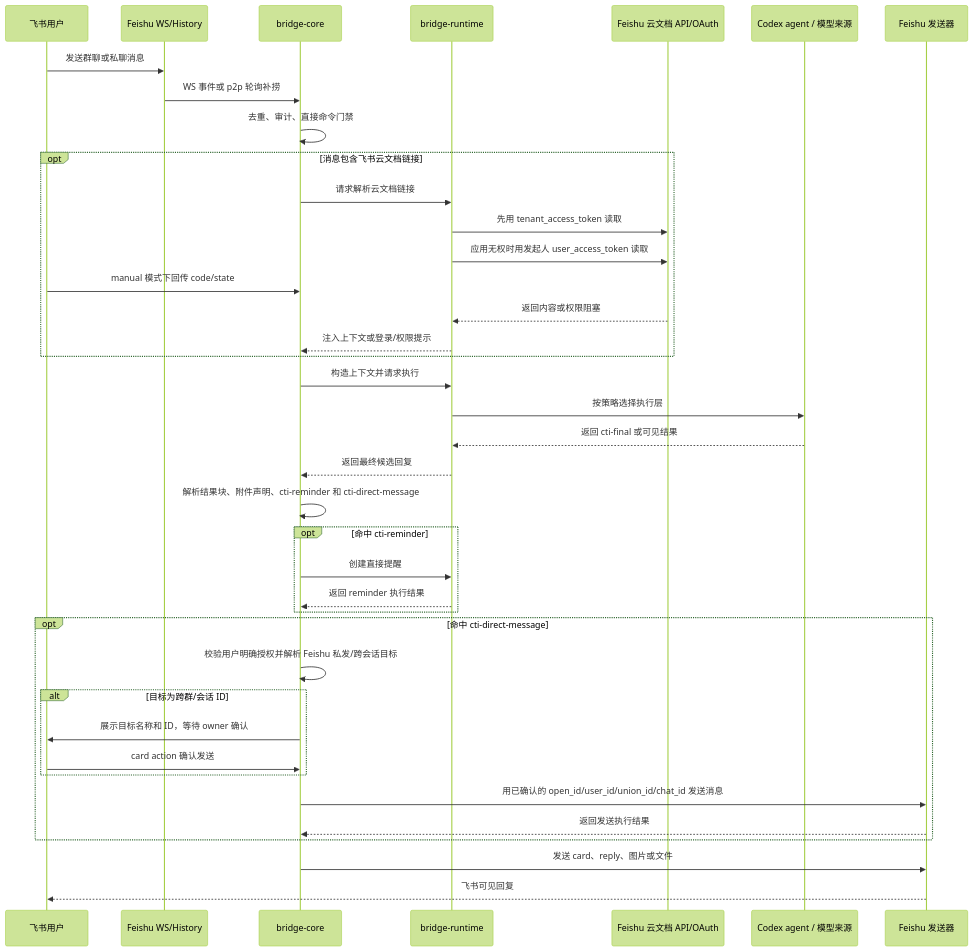
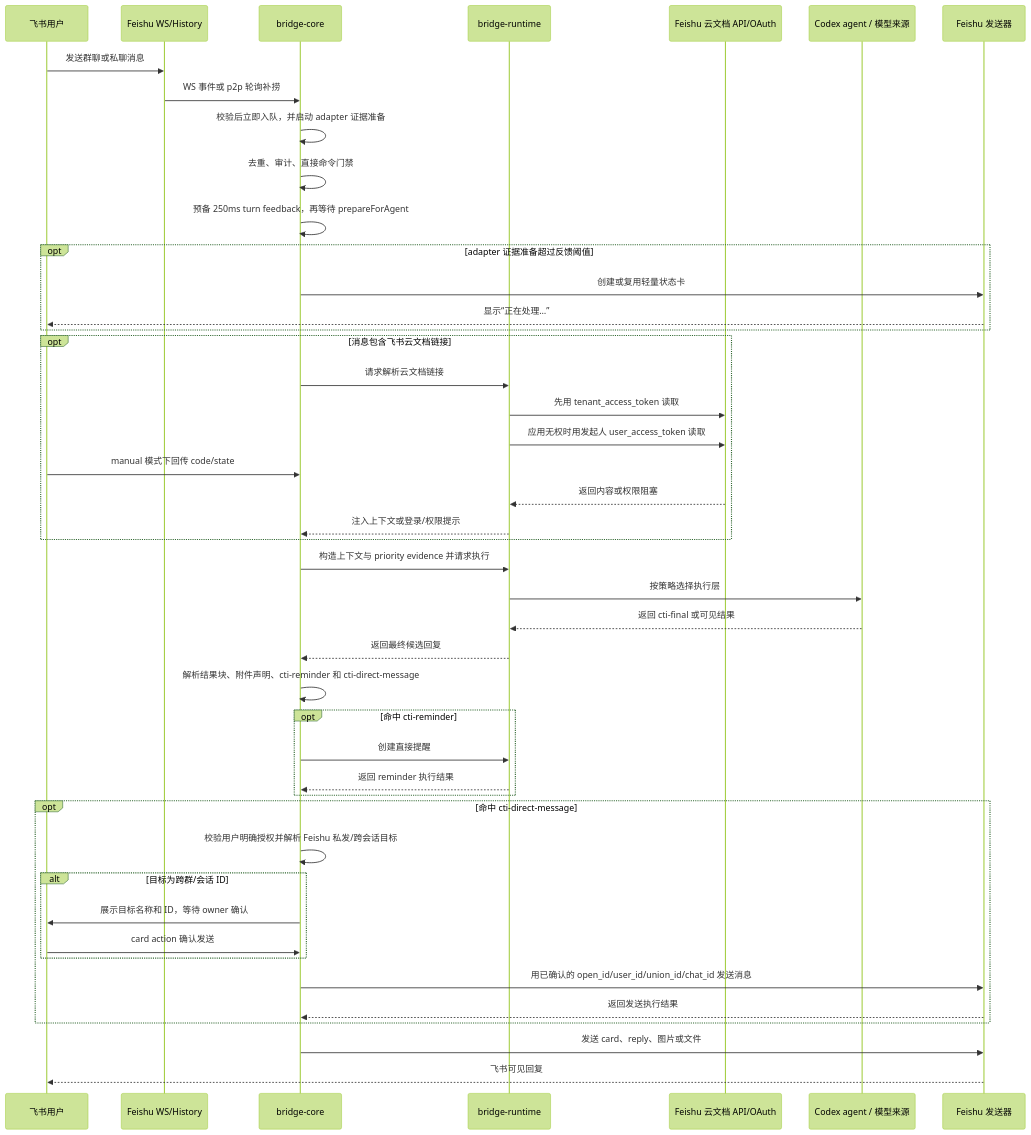
Before and after one commit to dddfuxi/codex-im-suite: the fourth of 10 diagrams in docs/PROJECT-ARCHITECTURE.md, drawn with Mermaid (forest theme). The commit also changed other lines of this file and 71 other files, not shown here.

Commit message:
refactor agent policies and Feishu runtime safeguards

````diff
--- a/docs/PROJECT-ARCHITECTURE.md
+++ b/docs/PROJECT-ARCHITECTURE.md
@@ -112,42 +186,48 @@
 ```mermaid
 sequenceDiagram
   participant User as 飞书用户
   participant Feishu as Feishu WS/History
   participant Core as bridge-core
   participant Runtime as bridge-runtime
   participant Cloud as Feishu 云文档 API/OAuth
   participant Provider as Codex agent / 模型来源
   participant Sender as Feishu 发送器
 
   User->>Feishu: 发送群聊或私聊消息
   Feishu->>Core: WS 事件或 p2p 轮询补捞
+  Core->>Core: 校验后立即入队，并启动 adapter 证据准备
   Core->>Core: 去重、审计、直接命令门禁
+  Core->>Core: 预备 250ms turn feedback，再等待 prepareForAgent
+  opt adapter 证据准备超过反馈阈值
+    Core->>Sender: 创建或复用轻量状态卡
+    Sender-->>User: 显示“正在处理…”
+  end
   opt 消息包含飞书云文档链接
     Core->>Runtime: 请求解析云文档链接
     Runtime->>Cloud: 先用 tenant_access_token 读取
     Runtime->>Cloud: 应用无权时用发起人 user_access_token 读取
     User->>Core: manual 模式下回传 code/state
     Cloud-->>Runtime: 返回内容或权限阻塞
     Runtime-->>Core: 注入上下文或登录/权限提示
   end
-  Core->>Runtime: 构造上下文并请求执行
+  Core->>Runtime: 构造上下文与 priority evidence 并请求执行
   Runtime->>Provider: 按策略选择执行层
   Provider-->>Runtime: 返回 cti-final 或可见结果
   Runtime-->>Core: 返回最终候选回复
   Core->>Core: 解析结果块、附件声明、cti-reminder 和 cti-direct-message
   opt 命中 cti-reminder
     Core->>Runtime: 创建直接提醒
     Runtime-->>Core: 返回 reminder 执行结果
   end
   opt 命中 cti-direct-message
     Core->>Core: 校验用户明确授权并解析 Feishu 私发/跨会话目标
     alt 目标为跨群/会话 ID
       Core->>User: 展示目标名称和 ID，等待 owner 确认
       User->>Core: card action 确认发送
     end
     Core->>Sender: 用已确认的 open_id/user_id/union_id/chat_id 发送消息
     Sender-->>Core: 返回发送执行结果
   end
   Core->>Sender: 发送 card、reply、图片或文件
   Sender-->>User: 飞书可见回复
 ```
````
